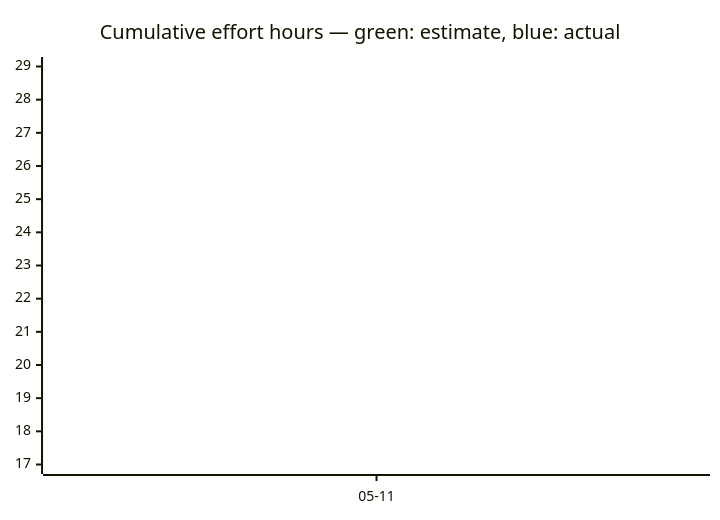
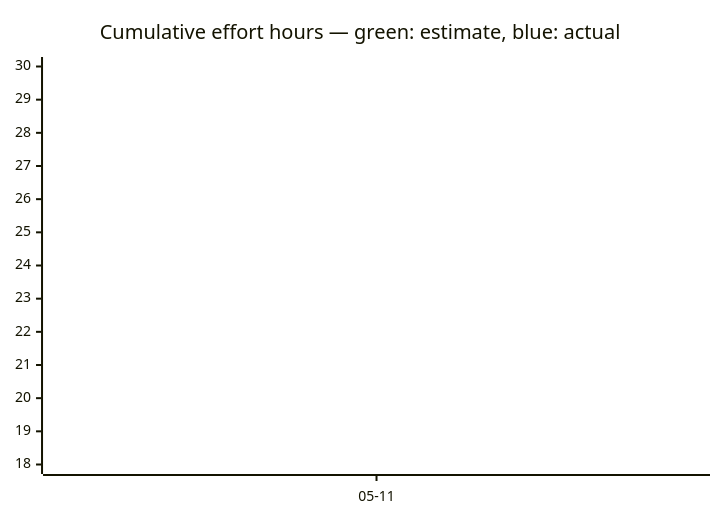
The third of 3 diagrams in docs/developers/tasks/OVERVIEW.md (tgd1975/AwesomeGuitarPedal), drawn with Mermaid before and after one commit. The commit also changed other lines of this file and 13 other files, not shown here.

````diff
--- a/docs/developers/tasks/OVERVIEW.md
+++ b/docs/developers/tasks/OVERVIEW.md
@@ -40,7 +40,7 @@
 ```mermaid
 xychart-beta
     title "Cumulative effort hours — green: estimate, blue: actual"
     x-axis ["05-11"]
-    line [17]
-    line [29]
+    line [18]
+    line [30]
 ```
````
